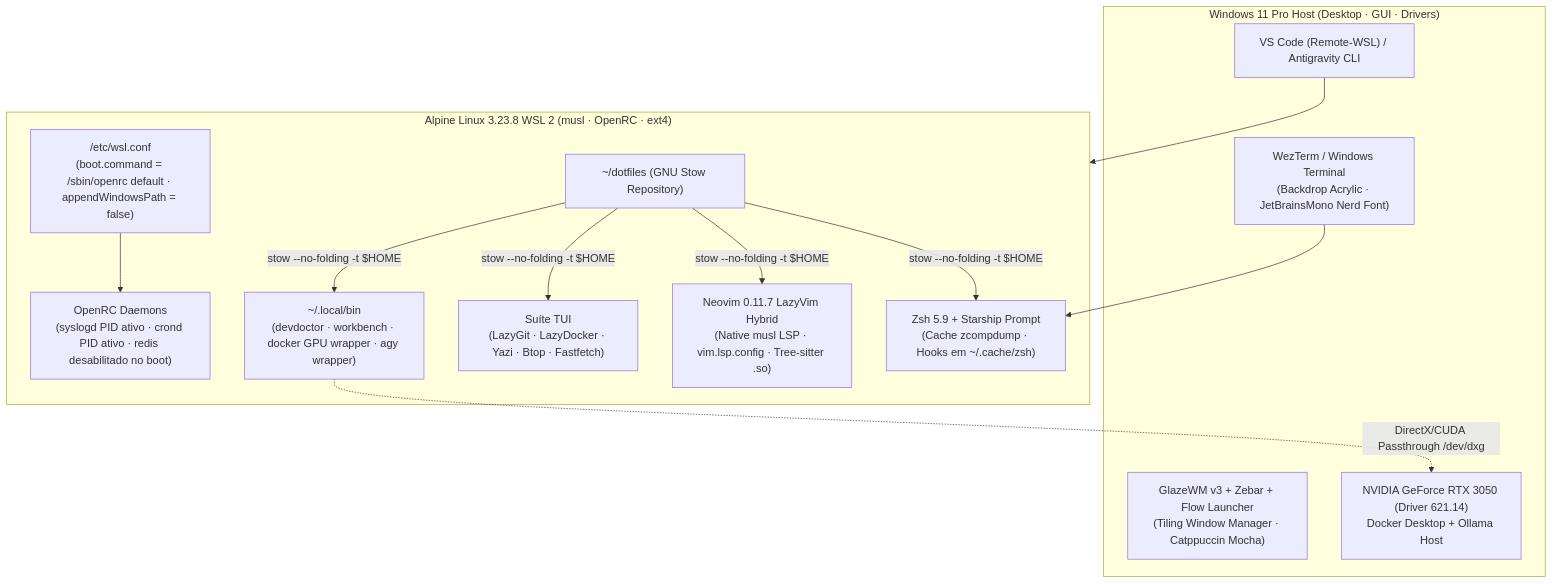
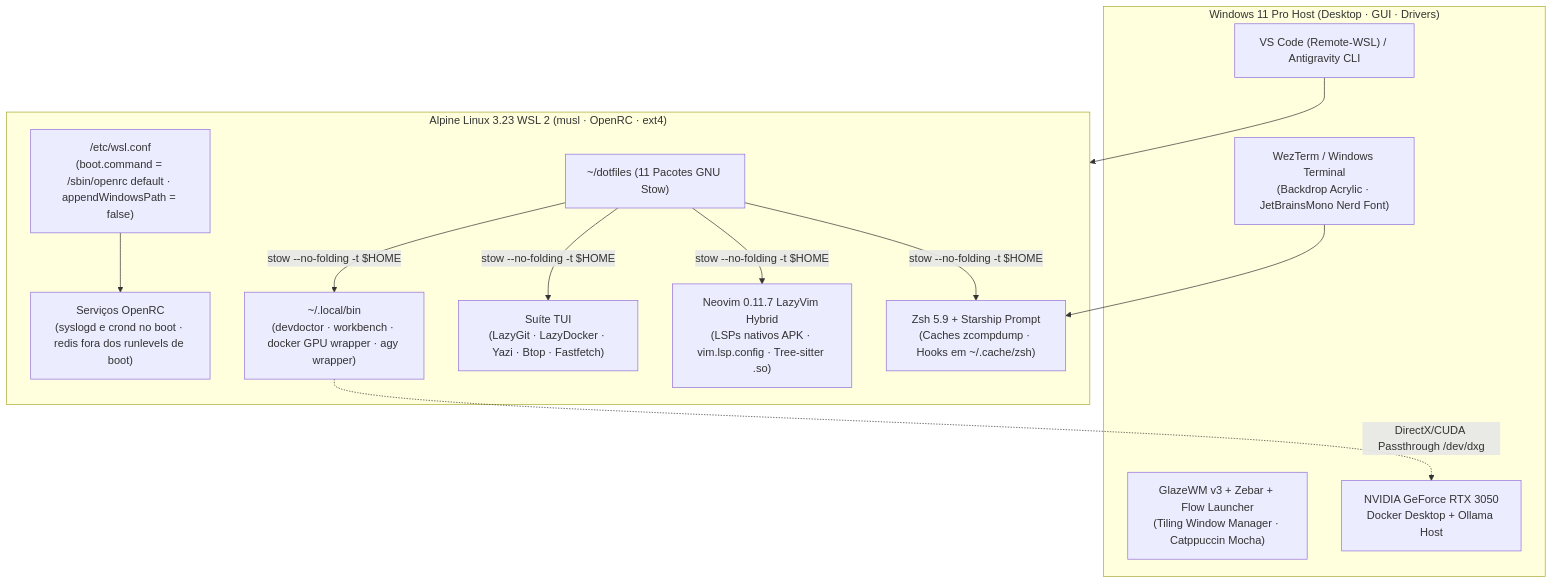
One commit to pedrohpsantos/dotfiles changed the diagram in README.md. Above: the diagram before and after it, drawn with Mermaid. The commit also changed other lines of this file and 2 other files, not shown here.

````diff
--- a/README.md
+++ b/README.md
@@ -72,28 +134,28 @@
 ```mermaid
 flowchart TD
     subgraph Host[" Windows 11 Pro Host (Desktop · GUI · Drivers) "]
         WT["WezTerm / Windows Terminal\n(Backdrop Acrylic · JetBrainsMono Nerd Font)"]
         WM["GlazeWM v3 + Zebar + Flow Launcher\n(Tiling Window Manager · Catppuccin Mocha)"]
         VSC["VS Code (Remote-WSL) / Antigravity CLI"]
-        GPU["NVIDIA GeForce RTX 3050 (Driver 621.14)\nDocker Desktop + Ollama Host"]
+        GPU["NVIDIA GeForce RTX 3050\nDocker Desktop + Ollama Host"]
     end
 
-    subgraph Guest[" Alpine Linux 3.23.8 WSL 2 (musl · OpenRC · ext4) "]
+    subgraph Guest[" Alpine Linux 3.23 WSL 2 (musl · OpenRC · ext4) "]
         Boot["/etc/wsl.conf\n(boot.command = /sbin/openrc default · appendWindowsPath = false)"]
-        RC["OpenRC Daemons\n(syslogd PID ativo · crond PID ativo · redis desabilitado no boot)"]
-        Stow["~/dotfiles (GNU Stow Repository)"]
-        Shell["Zsh 5.9 + Starship Prompt\n(Cache zcompdump · Hooks em ~/.cache/zsh)"]
-        Nvim["Neovim 0.11.7 LazyVim Hybrid\n(Native musl LSP · vim.lsp.config · Tree-sitter .so)"]
+        RC["Serviços OpenRC\n(syslogd e crond no boot · redis fora dos runlevels de boot)"]
+        Stow["~/dotfiles (11 Pacotes GNU Stow)"]
+        Shell["Zsh 5.9 + Starship Prompt\n(Caches zcompdump · Hooks em ~/.cache/zsh)"]
+        Nvim["Neovim 0.11.7 LazyVim Hybrid\n(LSPs nativos APK · vim.lsp.config · Tree-sitter .so)"]
         TUIs["Suíte TUI\n(LazyGit · LazyDocker · Yazi · Btop · Fastfetch)"]
         Bins["~/.local/bin\n(devdoctor · workbench · docker GPU wrapper · agy wrapper)"]
     end
 
     WT --> Shell
     VSC --> Guest
     Boot --> RC
     Stow -->|"stow --no-folding -t $HOME"| Shell
     Stow -->|"stow --no-folding -t $HOME"| Nvim
     Stow -->|"stow --no-folding -t $HOME"| TUIs
     Stow -->|"stow --no-folding -t $HOME"| Bins
     Bins -.->|"DirectX/CUDA Passthrough /dev/dxg"| GPU
 ```
````
